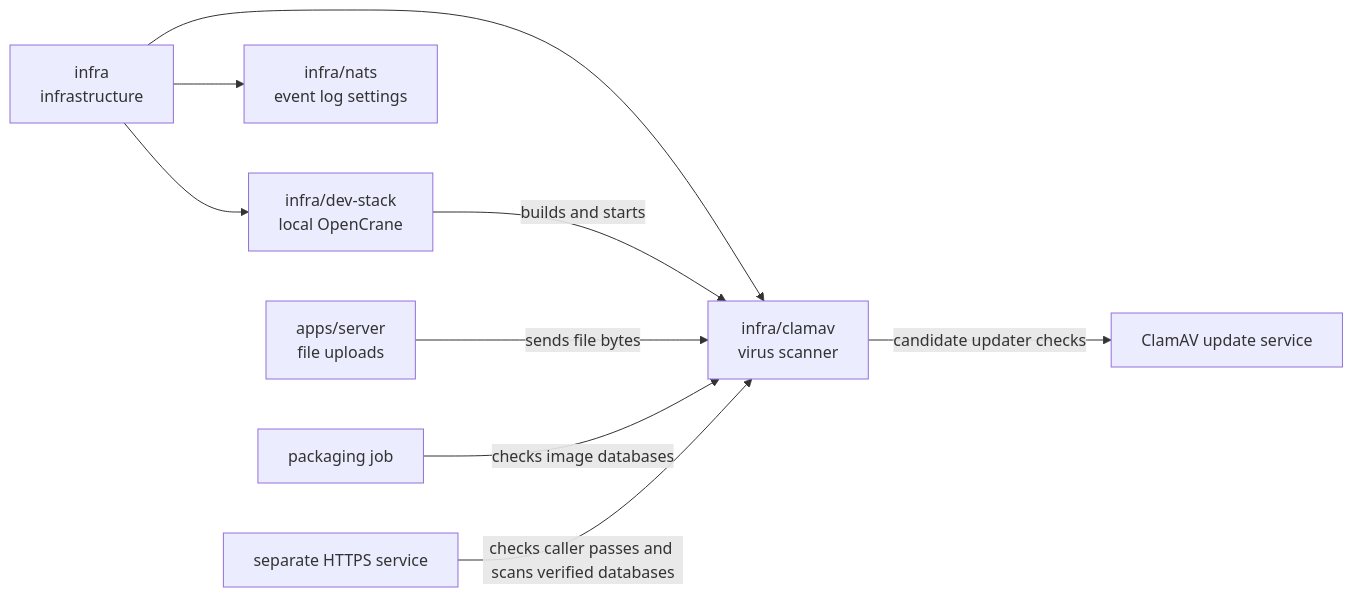
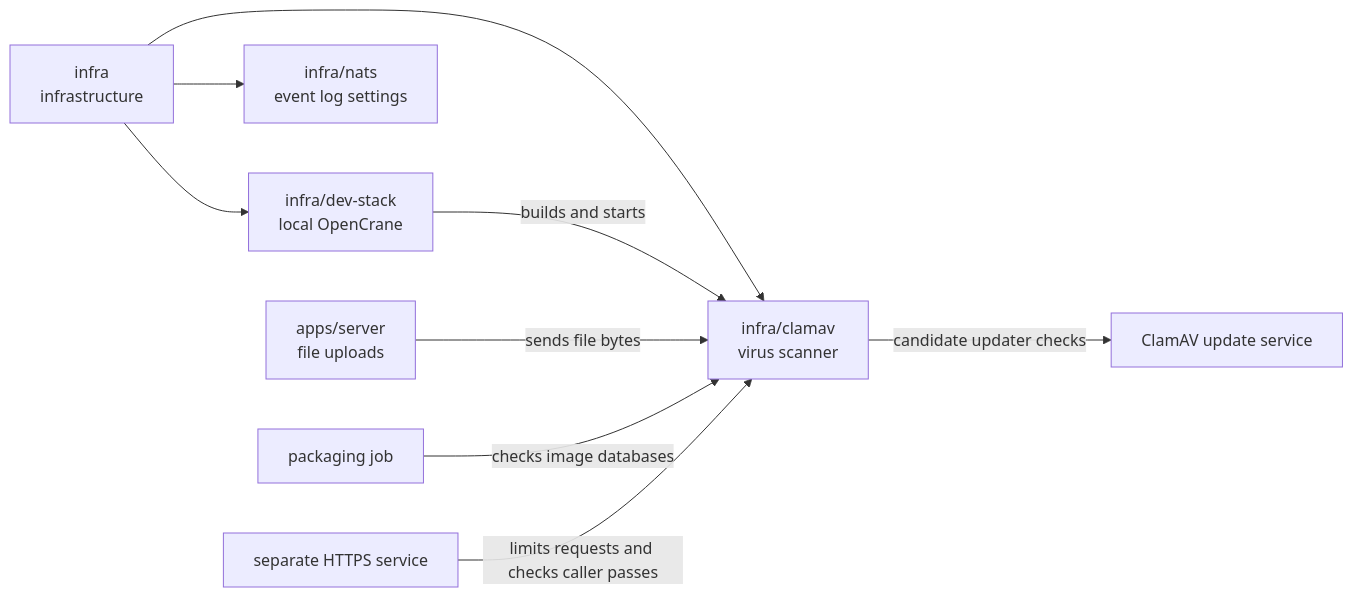
One commit to elewa-git/opencrane-new changed the diagram in infra/clamav/README.md. Above: the diagram before and after it, drawn with Mermaid. The commit also changed other lines of this file and 3 other files, not shown here.

````diff
--- a/infra/clamav/README.md
+++ b/infra/clamav/README.md
@@ -15,11 +15,11 @@
 ```mermaid
 flowchart LR
   infra["infra<br/>infrastructure"] --> clamav["infra/clamav<br/>virus scanner"]
   infra --> stack["infra/dev-stack<br/>local OpenCrane"]
   infra --> nats["infra/nats<br/>event log settings"]
   stack -->|builds and starts| clamav
   server["apps/server<br/>file uploads"] -->|sends file bytes| clamav
   clamav -->|candidate updater checks| updates["ClamAV update service"]
   packaging["packaging job"] -->|checks image databases| clamav
-  launcher["separate HTTPS service"] -->|checks caller passes and scans verified databases| clamav
+  launcher["separate HTTPS service"] -->|limits requests and checks caller passes| clamav
 ```
````
